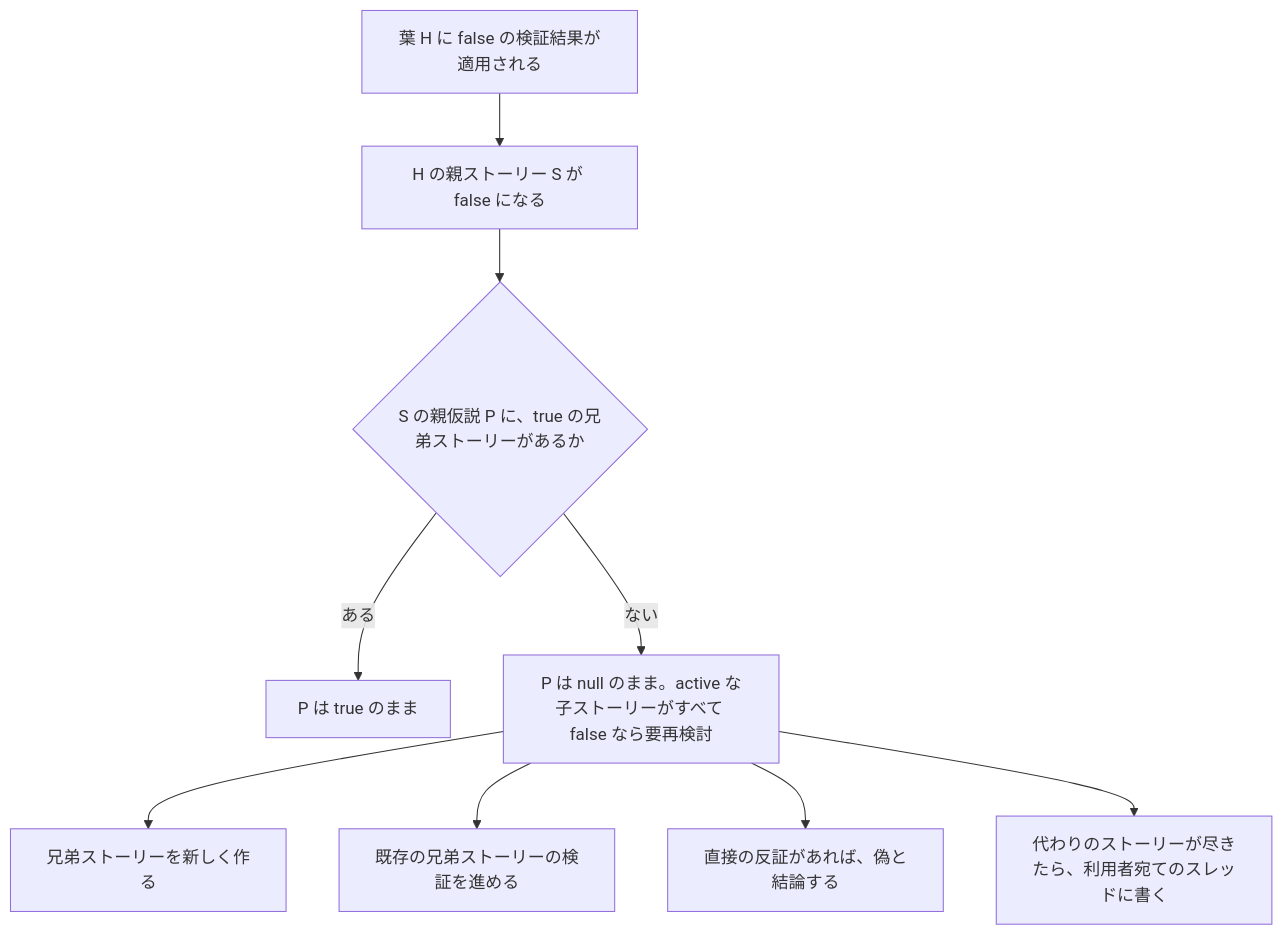
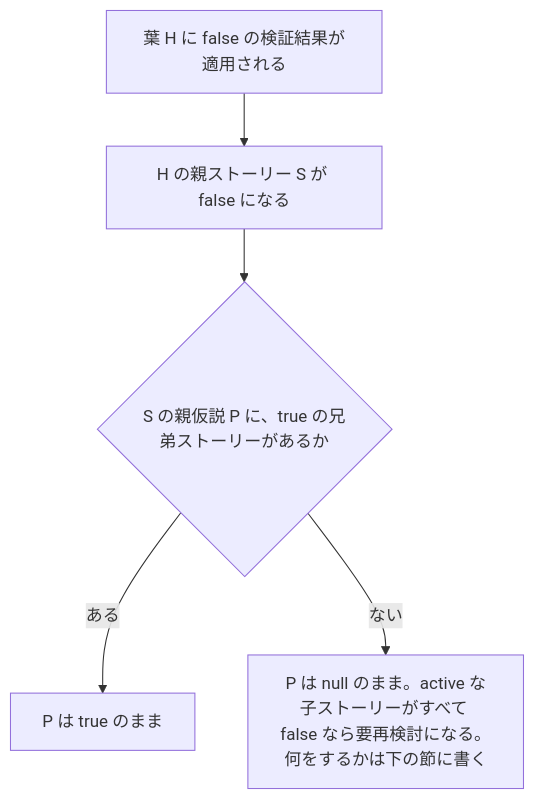
Before and after one commit to yamambainc/logiforge: the diagram in docs/tree/falsification.md, drawn with Mermaid.

Commit message:
docs: falsification の flowchart から、箇条書きと重複する分岐を除く

````diff
--- a/docs/tree/falsification.md
+++ b/docs/tree/falsification.md
@@ -7,11 +7,7 @@
 ```mermaid
 flowchart TD
   A["葉 H に false の検証結果が適用される"] --> B["H の親ストーリー S が false になる"]
   B --> C{"S の親仮説 P に、true の兄弟ストーリーがあるか"}
   C -- ある --> D["P は true のまま"]
-  C -- ない --> E["P は null のまま。active な子ストーリーがすべて false なら要再検討"]
-  E --> G1["兄弟ストーリーを新しく作る"]
-  E --> G2["既存の兄弟ストーリーの検証を進める"]
-  E --> G3["直接の反証があれば、偽と結論する"]
-  E --> G4["代わりのストーリーが尽きたら、利用者宛てのスレッドに書く"]
+  C -- ない --> E["P は null のまま。active な子ストーリーがすべて false なら要再検討になる。何をするかは下の節に書く"]
 ```
````
